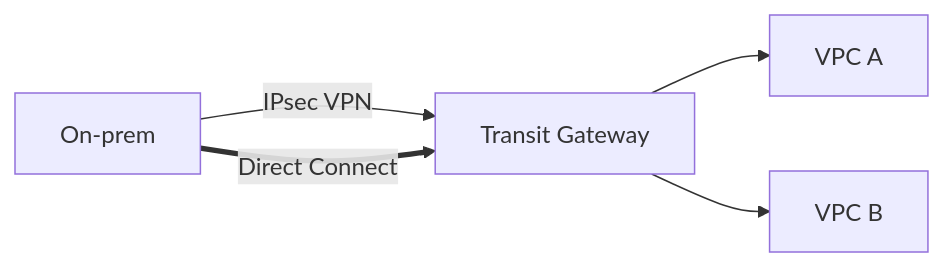
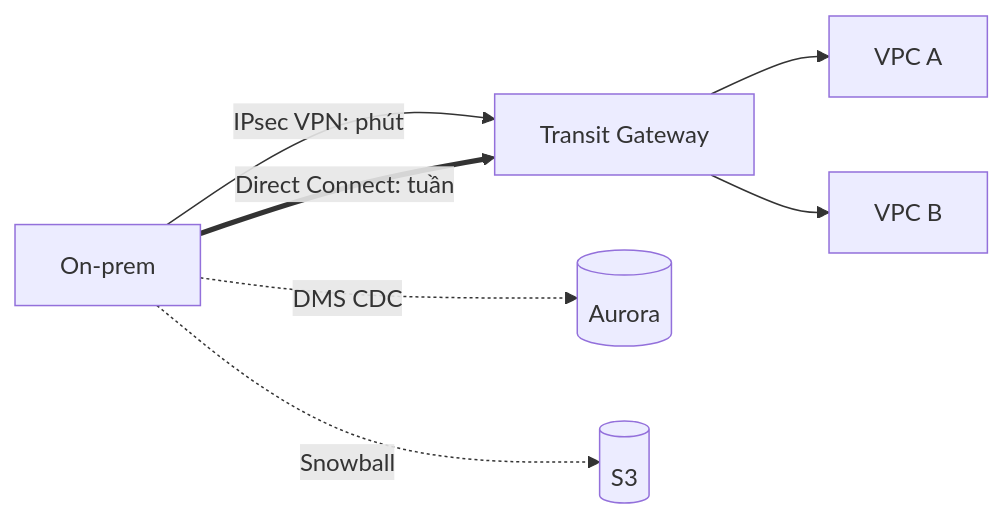
One commit to passion-Infinity/personal-tech-playbook changed the diagram in src/assets/knowledge/playbooks/aws/aws-hybrid-connectivity-migration.md. Above: the diagram before and after it, drawn with Mermaid. The commit also changed other lines of this file and 6 other files, not shown here.

````diff
--- a/src/assets/knowledge/playbooks/aws/aws-hybrid-connectivity-migration.md
+++ b/src/assets/knowledge/playbooks/aws/aws-hybrid-connectivity-migration.md
@@ -17,7 +28,9 @@
 ```mermaid
 flowchart LR
-    DC["On-prem"] -->|"IPsec VPN"| TGW["Transit Gateway"]
-    DC ==>|"Direct Connect"| TGW
+    DC["On-prem"] -->|"IPsec VPN: phút"| TGW["Transit Gateway"]
+    DC ==>|"Direct Connect: tuần"| TGW
     TGW --> V1[VPC A]
     TGW --> V2[VPC B]
+    DC -.->|"DMS CDC"| DB[(Aurora)]
+    DC -.->|Snowball| S3[(S3)]
 ```
````
